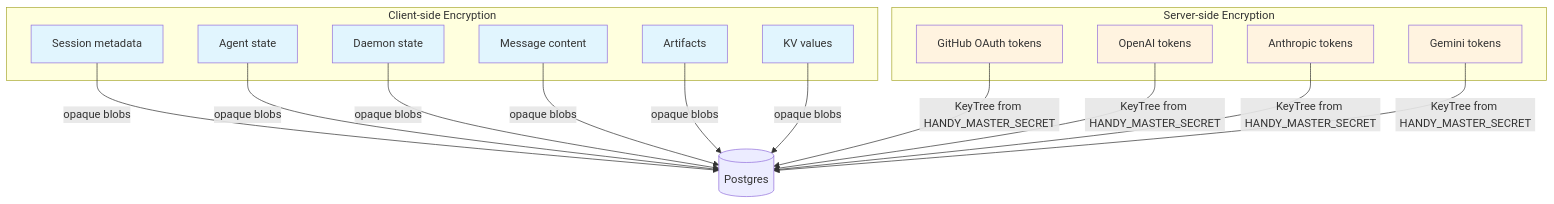
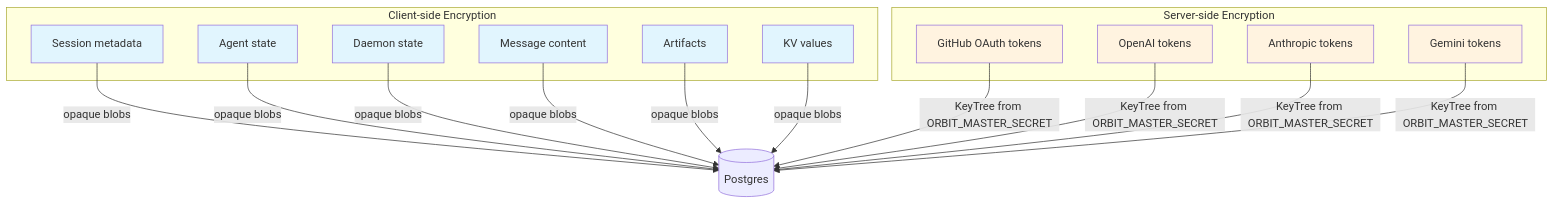
One commit to wwq20030329-oss/orbit changed the ninth of 9 diagrams in docs/backend-architecture.md. Above: the diagram before and after it, drawn with Mermaid. The commit also changed other lines of this file and 116 other files, not shown here.

````diff
--- a/docs/backend-architecture.md
+++ b/docs/backend-architecture.md
@@ -343,32 +343,32 @@
 ```mermaid
 graph TB
     subgraph "Client-side Encryption"
         C1[Session metadata]
         C2[Agent state]
         C3[Daemon state]
         C4[Message content]
         C5[Artifacts]
         C6[KV values]
     end
 
     subgraph "Server-side Encryption"
         S1[GitHub OAuth tokens]
         S2[OpenAI tokens]
         S3[Anthropic tokens]
         S4[Gemini tokens]
     end
 
     C1 & C2 & C3 & C4 & C5 & C6 --> |opaque blobs| DB[(Postgres)]
-    S1 & S2 & S3 & S4 --> |KeyTree from HANDY_MASTER_SECRET| DB
+    S1 & S2 & S3 & S4 --> |KeyTree from ORBIT_MASTER_SECRET| DB
 
     style C1 fill:#e1f5fe
     style C2 fill:#e1f5fe
     style C3 fill:#e1f5fe
     style C4 fill:#e1f5fe
     style C5 fill:#e1f5fe
     style C6 fill:#e1f5fe
     style S1 fill:#fff3e0
     style S2 fill:#fff3e0
     style S3 fill:#fff3e0
     style S4 fill:#fff3e0
 ```
````
